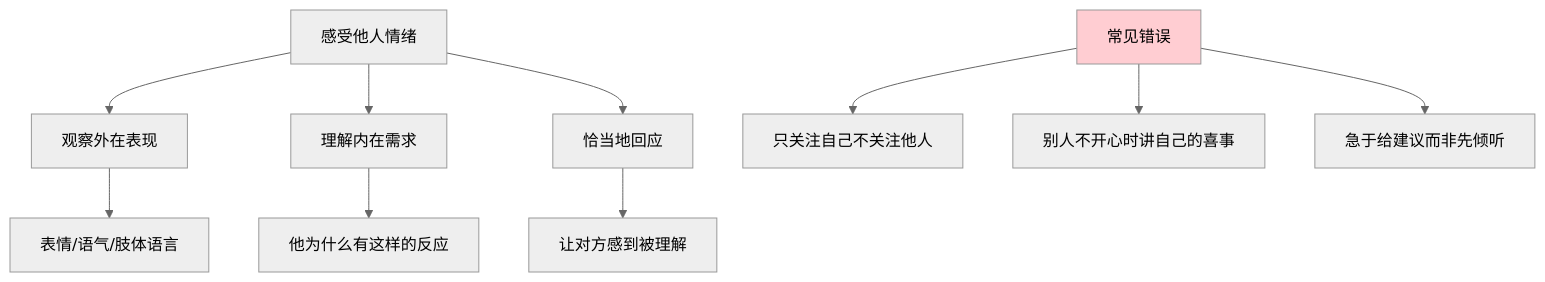
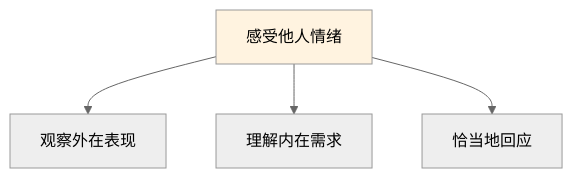
Before and after one commit to chongyang211/YCBookBlog: the fourth of 10 diagrams in 10.打工充平常记录/10.自我精进七课/07.底层思维的训练/7.7情商能力的学习.md, drawn with Mermaid (neutral theme). The commit also changed other lines of this file and 55 other files, not shown here.

````diff
--- a/10.打工充平常记录/10.自我精进七课/07.底层思维的训练/7.7情商能力的学习.md
+++ b/10.打工充平常记录/10.自我精进七课/07.底层思维的训练/7.7情商能力的学习.md
@@ -158,13 +153,7 @@
 ```mermaid
 graph TD
     A[感受他人情绪] --> B[观察外在表现]
     A --> C[理解内在需求]
     A --> D[恰当地回应]
-    B --> B1[表情/语气/肢体语言]
-    C --> C1[他为什么有这样的反应]
-    D --> D1[让对方感到被理解]
-    E[常见错误] --> E1[只关注自己不关注他人]
-    E --> E2[别人不开心时讲自己的喜事]
-    E --> E3[急于给建议而非先倾听]
-    style E fill:#ffcdd2
+    style A fill:#fff3e0
 ```
````
